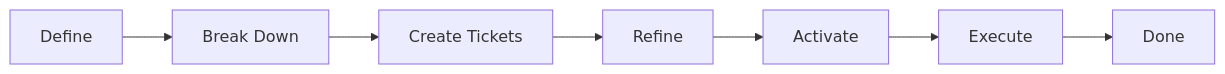
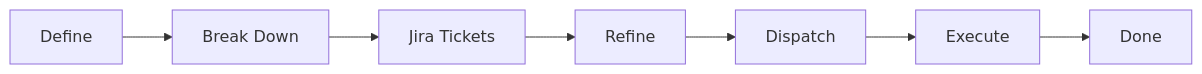
Before and after one commit to ecarrizo2/spec-driven-development-boilerplate: the second of 3 diagrams in user-development/DEVELOPMENT-GUIDE.md, drawn with Mermaid. The commit also changed other lines of this file and 48 other files, not shown here.

````diff
--- a/user-development/DEVELOPMENT-GUIDE.md
+++ b/user-development/DEVELOPMENT-GUIDE.md
@@ -122,9 +315,9 @@
 ```mermaid
 graph LR
     D[Define]:::accent0 --> B[Break Down]:::accent1
-    B --> C[Create Tickets]:::accent2
-    C --> R[Refine]:::accent3
-    R --> A[Activate]:::accent4
-    A --> E[Execute]:::accent5
+    B --> J[Jira Tickets]:::accent2
+    J --> R[Refine]:::accent3
+    R --> DI[Dispatch]:::accent4
+    DI --> E[Execute]:::accent5
     E --> DN[Done]:::accent6
 ```
````
